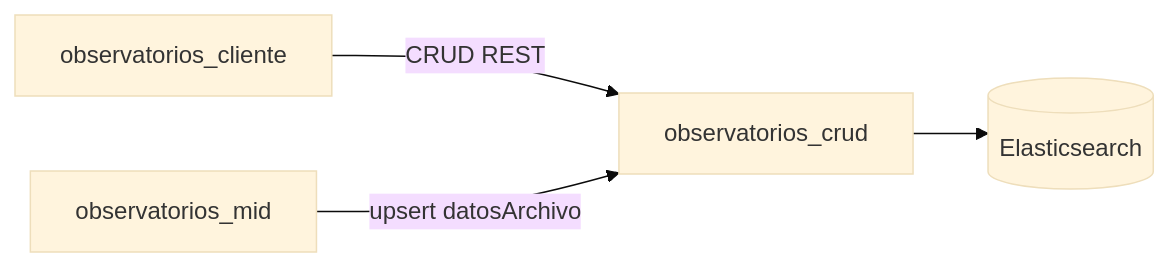
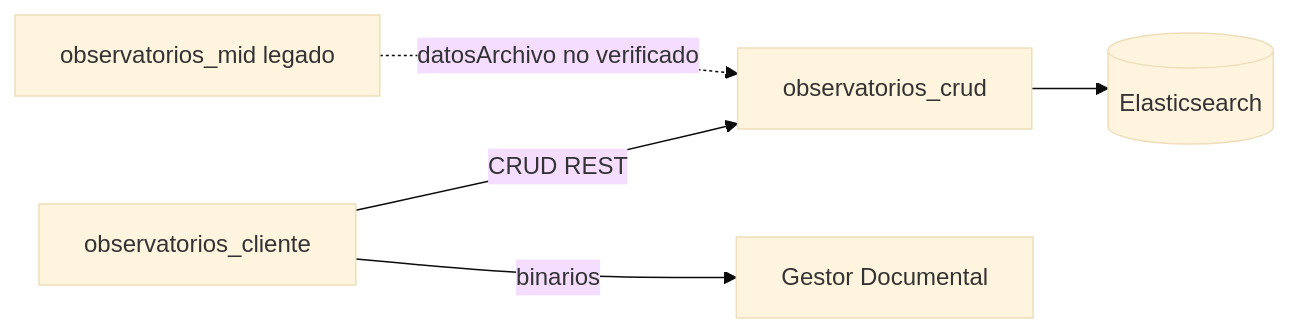
The diagram in docs/arquitectura_e_integraciones.md (udistrital/observatorios_crud), drawn with Mermaid (base theme) before and after one commit. The commit also changed other lines of this file and 31 other files, not shown here.

````diff
--- a/docs/arquitectura_e_integraciones.md
+++ b/docs/arquitectura_e_integraciones.md
@@ -8,6 +12,7 @@
 ```mermaid
 flowchart LR
   C[observatorios_cliente] -->|CRUD REST| CRUD[observatorios_crud]
-  MID[observatorios_mid] -->|upsert datosArchivo| CRUD
+  C -->|binarios| GD[Gestor Documental]
+  MID[observatorios_mid legado] -.->|datosArchivo no verificado| CRUD
   CRUD --> ES[(Elasticsearch)]
 ```
````
